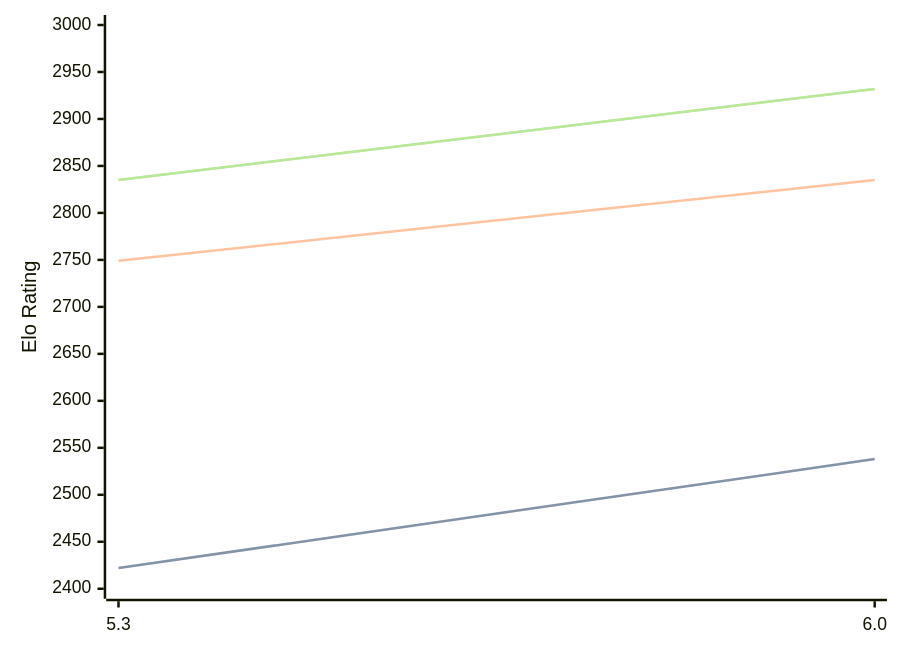
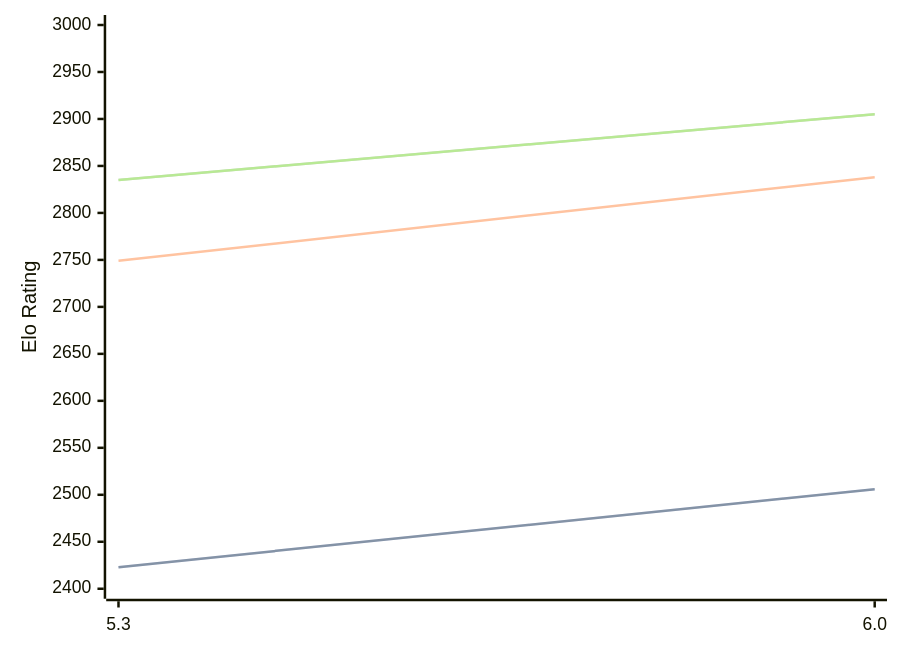
The diagram in engines/tomitankChess.md (computer-chess-index/cci), drawn with Mermaid before and after one commit. The commit also changed other lines of this file, not shown here.

Commit message:
Update CCI Ratings (ELO VLTC) - 2026-04-02

````diff
--- a/engines/tomitankChess.md
+++ b/engines/tomitankChess.md
@@ -40,11 +40,11 @@
 ```mermaid
 %%{init: {"theme":"base","themeVariables":{"seriesColors:['#a3a3a3','#222221','#faa371']}}}%%
 xychart-beta
   x-axis ["5.3", "6.0"]
   y-axis "Elo Rating" 2400 --> 3000
-  line "STC (8.0+0.08s)" [2422, 2538]
-  line "STC (8.0+0.08s)" [2422, 2538]
-  line "LTC (60.0+0.60s)" [2749, 2835]
-  line "VLTC (2m24s+1.12s)" [2835, 2932]
-  line "VLTC (2m24s+1.12s)" [2835, 2932]
+  line "STC (8.0+0.08s)" [2423, 2506]
+  line "STC (8.0+0.08s)" [2423, 2506]
+  line "LTC (60.0+0.60s)" [2749, 2838]
+  line "VLTC (2m24s+1.12s)" [2835, 2905]
+  line "VLTC (2m24s+1.12s)" [2835, 2905]
 ```
````
